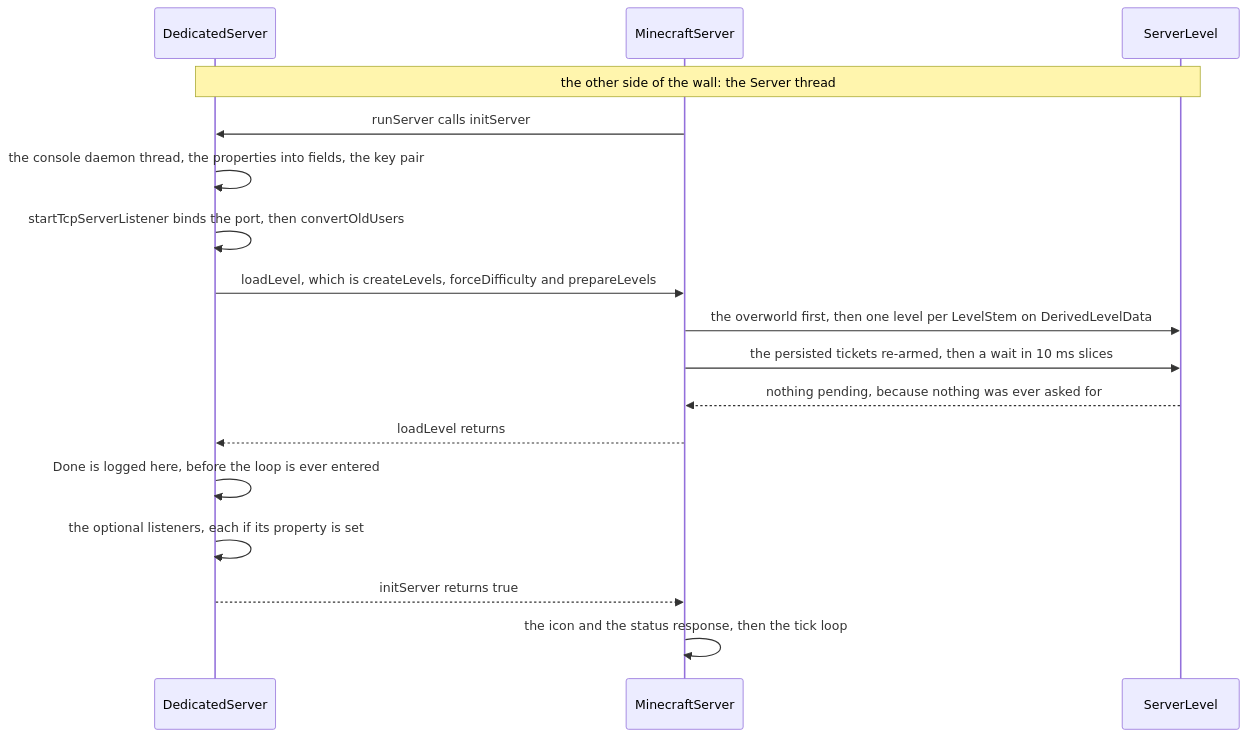
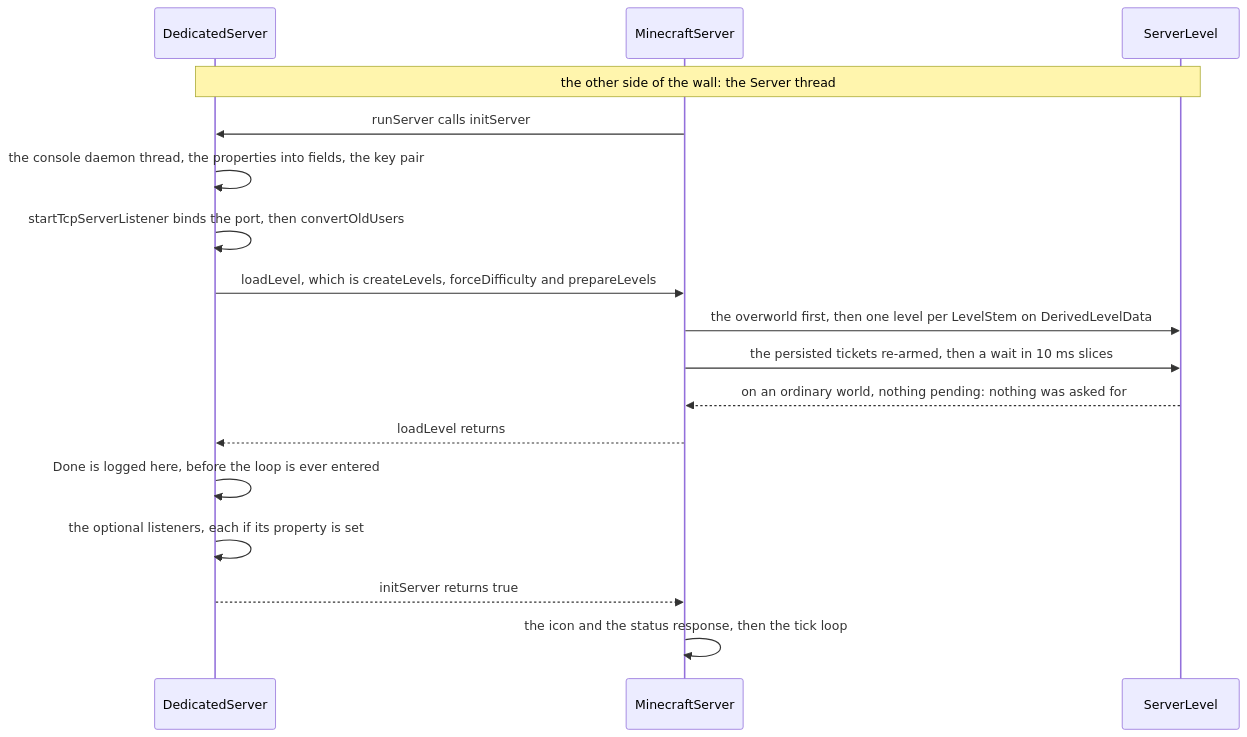
Before and after one commit to AlexanderjFraser/MinecraftDocs: the second of 2 diagrams in src/systems/server/starting-a-server.md, drawn with Mermaid. The commit also changed other lines of this file and 15 other files, not shown here.

````diff
--- a/src/systems/server/starting-a-server.md
+++ b/src/systems/server/starting-a-server.md
@@ -218,20 +229,20 @@
 ```mermaid
 sequenceDiagram
     participant DS as DedicatedServer
     participant MS as MinecraftServer
     participant SL as ServerLevel
 
     Note over DS,SL: the other side of the wall: the Server thread
     MS->>DS: runServer calls initServer
     DS->>DS: the console daemon thread, the properties into fields, the key pair
     DS->>DS: startTcpServerListener binds the port, then convertOldUsers
     DS->>MS: loadLevel, which is createLevels, forceDifficulty and prepareLevels
     MS->>SL: the overworld first, then one level per LevelStem on DerivedLevelData
     MS->>SL: the persisted tickets re-armed, then a wait in 10 ms slices
-    SL-->>MS: nothing pending, because nothing was ever asked for
+    SL-->>MS: on an ordinary world, nothing pending: nothing was asked for
     MS-->>DS: loadLevel returns
     DS->>DS: Done is logged here, before the loop is ever entered
     DS->>DS: the optional listeners, each if its property is set
     DS-->>MS: initServer returns true
     MS->>MS: the icon and the status response, then the tick loop
 ```
````
